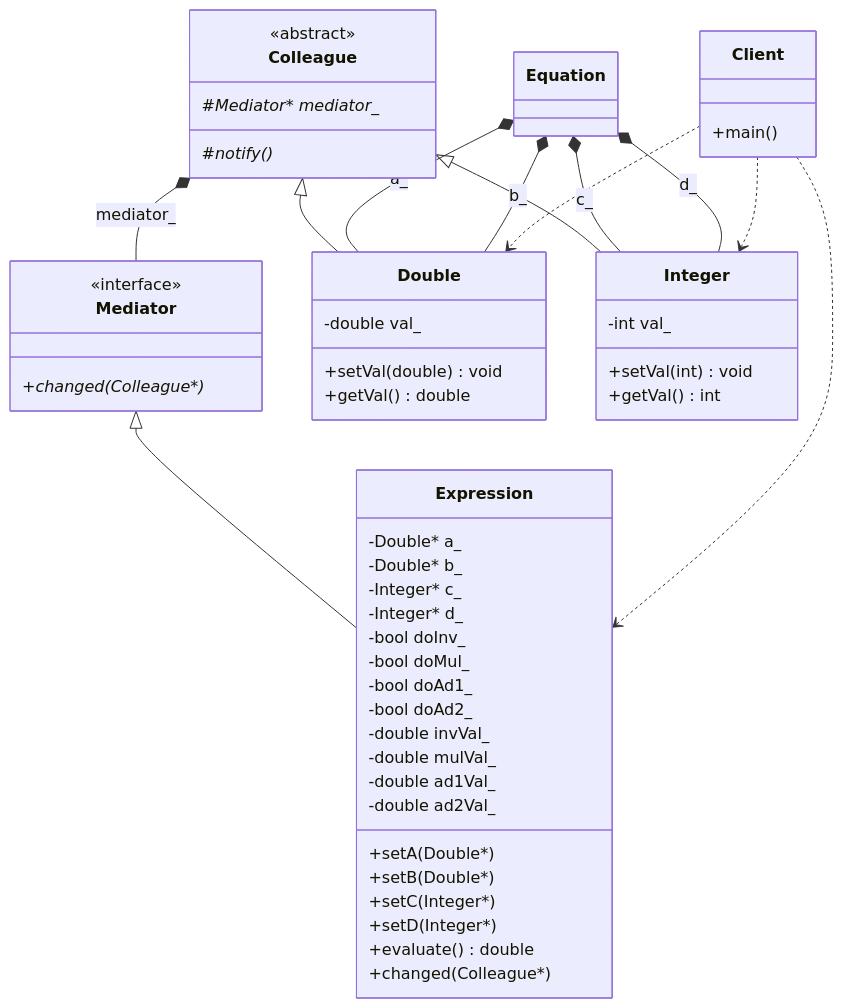
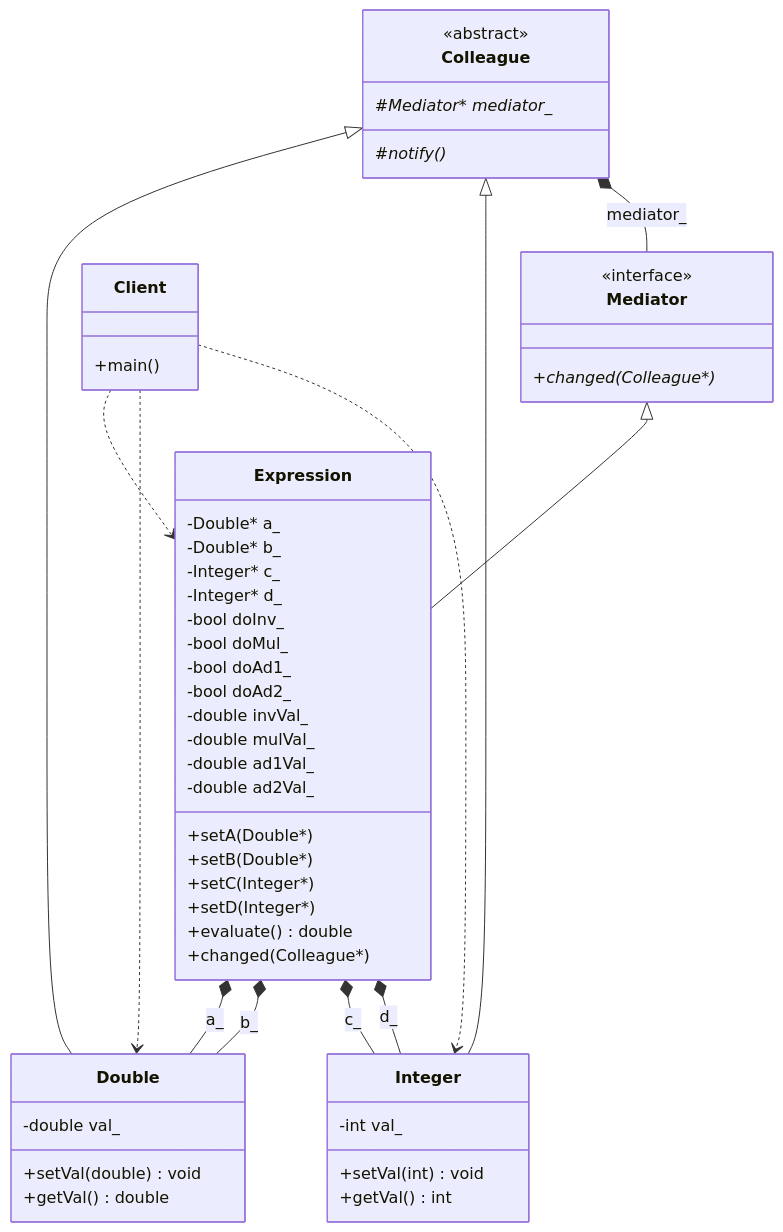
The diagram in 22_Mediator/README.md (Cichlidfishexigency721/Modern-CPP-Design-Patterns), drawn with Mermaid before and after one commit. The commit also changed other lines of this file and 1 other file, not shown here.

Commit message:
Improvement in UML

````diff
--- a/22_Mediator/README.md
+++ b/22_Mediator/README.md
@@ -50,68 +50,68 @@
 ```mermaid
 classDiagram
    class Mediator {
       <<interface>>
       +changed(Colleague*)*
    }
 
    class Colleague {
       <<abstract>>
       #Mediator* mediator_*
       #notify()*
    }
 
    class Double {
       -double val_
       +setVal(double) void
       +getVal() double
    }
 
    class Integer {
       -int val_
       +setVal(int) void
       +getVal() int
    }
 
    class Expression {
       -Double* a_
       -Double* b_
       -Integer* c_
       -Integer* d_
       -bool doInv_
       -bool doMul_
       -bool doAd1_
       -bool doAd2_
       -double invVal_
       -double mulVal_
       -double ad1Val_
       -double ad2Val_
       +setA(Double*)
       +setB(Double*)
       +setC(Integer*)
       +setD(Integer*)
       +evaluate() double
       +changed(Colleague*)
    }
 
    class Client {
       +main()
    }
 
    %% Inheritance (Is_a) - No numbers
    Mediator <|-- Expression
    Colleague <|-- Double
    Colleague <|-- Integer
 
    %% Bidirectional Relationship
    %% Composition (Has_a) - Multiplicity only at the end
    Colleague *-- Mediator : mediator_
-   Equation *-- Double : a_
-   Equation *-- Double : b_
-   Equation *-- Integer : c_
-   Equation *-- Integer : d_
+   Expression *-- Double : a_
+   Expression *-- Double : b_
+   Expression *-- Integer : c_
+   Expression *-- Integer : d_
 
    %% Dependency - No numbers
    Client ..> Expression
    Client ..> Double
    Client ..> Integer
 ```
````
